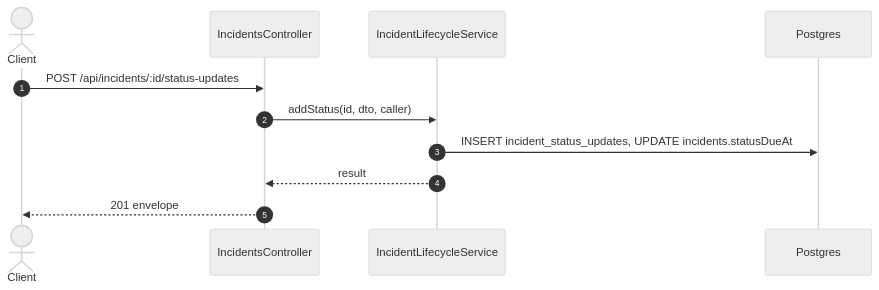
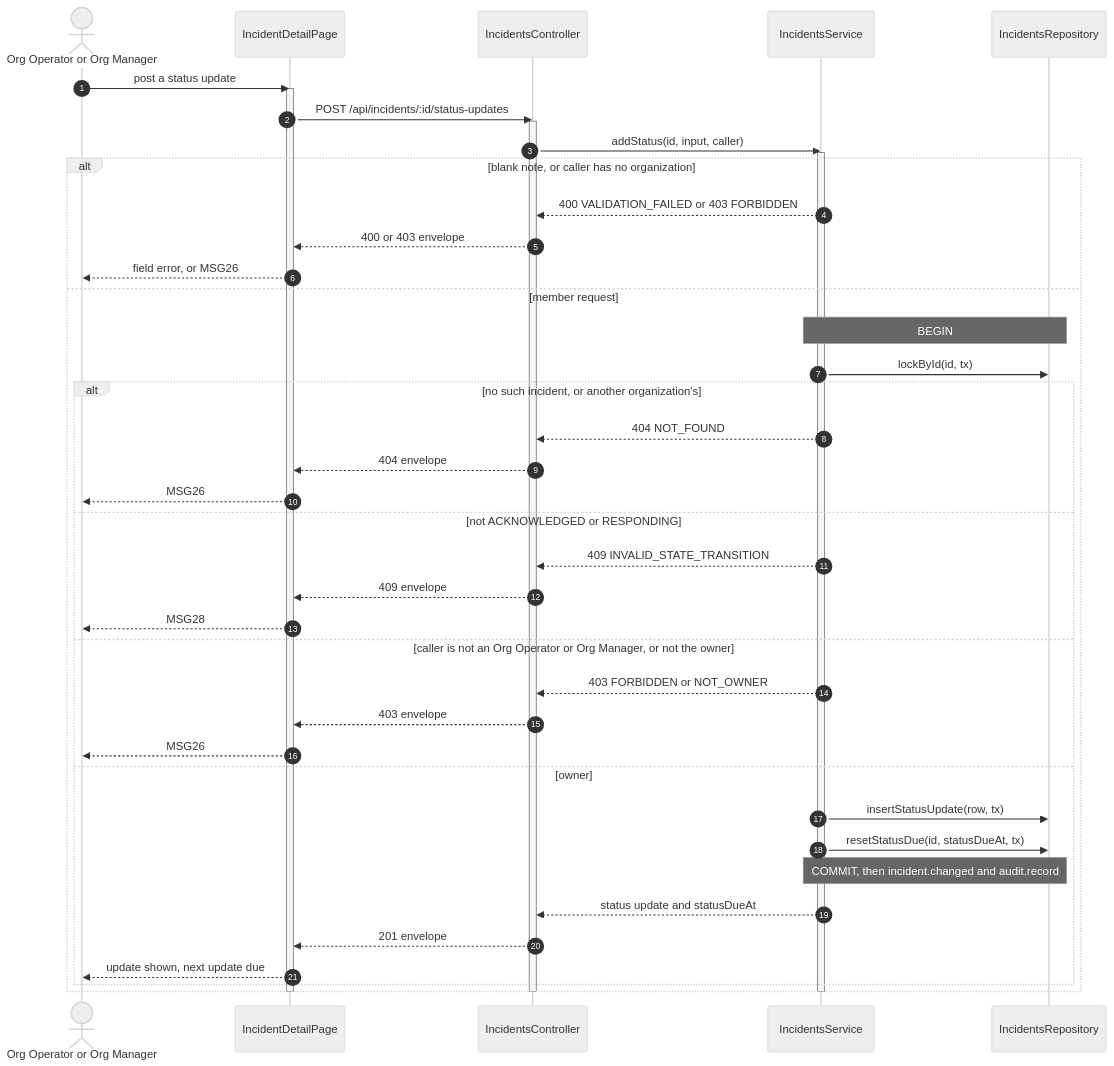
Before and after one commit to TrekLink-Team/treklink-web: the second of 2 diagrams in specs/incidents/api-design/05-post-incidents-id-status-updates.md, drawn with Mermaid (neutral theme). The commit also changed 7 other files, not shown here.

First line of the commit message:
docs: match the incidents api-design 03 to 08 sequences to the code

````diff
--- a/specs/incidents/api-design/05-post-incidents-id-status-updates.md
+++ b/specs/incidents/api-design/05-post-incidents-id-status-updates.md
@@ -201,13 +201,46 @@
 ```mermaid
 sequenceDiagram
     autonumber
-    actor C as Client
+    actor U as Org Operator or Org Manager
+    participant P as IncidentDetailPage
     participant Ctl as IncidentsController
-    participant Svc as IncidentLifecycleService
-    participant DB as Postgres
-    C->>Ctl: POST /api/incidents/:id/status-updates
-    Ctl->>Svc: addStatus(id, dto, caller)
-    Svc->>DB: INSERT incident_status_updates, UPDATE incidents.statusDueAt
-    Svc-->>Ctl: result
-    Ctl-->>C: 201 envelope
+    participant Svc as IncidentsService
+    participant R as IncidentsRepository
+    U->>P: post a status update
+    activate P
+    P->>Ctl: POST /api/incidents/:id/status-updates
+    activate Ctl
+    Ctl->>Svc: addStatus(id, input, caller)
+    activate Svc
+    alt blank note, or caller has no organization
+        Svc-->>Ctl: 400 VALIDATION_FAILED or 403 FORBIDDEN
+        Ctl-->>P: 400 or 403 envelope
+        P-->>U: field error, or MSG26
+    else member request
+        Note over Svc,R: BEGIN
+        Svc->>R: lockById(id, tx)
+        alt no such incident, or another organization's
+            Svc-->>Ctl: 404 NOT_FOUND
+            Ctl-->>P: 404 envelope
+            P-->>U: MSG26
+        else not ACKNOWLEDGED or RESPONDING
+            Svc-->>Ctl: 409 INVALID_STATE_TRANSITION
+            Ctl-->>P: 409 envelope
+            P-->>U: MSG28
+        else caller is not an Org Operator or Org Manager, or not the owner
+            Svc-->>Ctl: 403 FORBIDDEN or NOT_OWNER
+            Ctl-->>P: 403 envelope
+            P-->>U: MSG26
+        else owner
+            Svc->>R: insertStatusUpdate(row, tx)
+            Svc->>R: resetStatusDue(id, statusDueAt, tx)
+            Note over Svc,R: COMMIT, then incident.changed and audit.record
+            Svc-->>Ctl: status update and statusDueAt
+            Ctl-->>P: 201 envelope
+            P-->>U: update shown, next update due
+        end
+    end
+    deactivate Svc
+    deactivate Ctl
+    deactivate P
 ```
````
